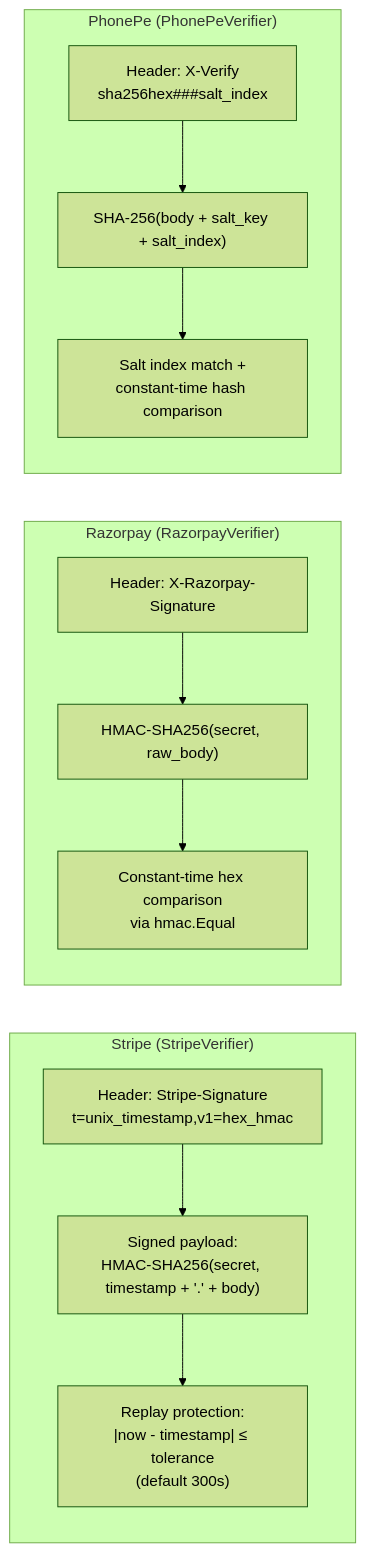
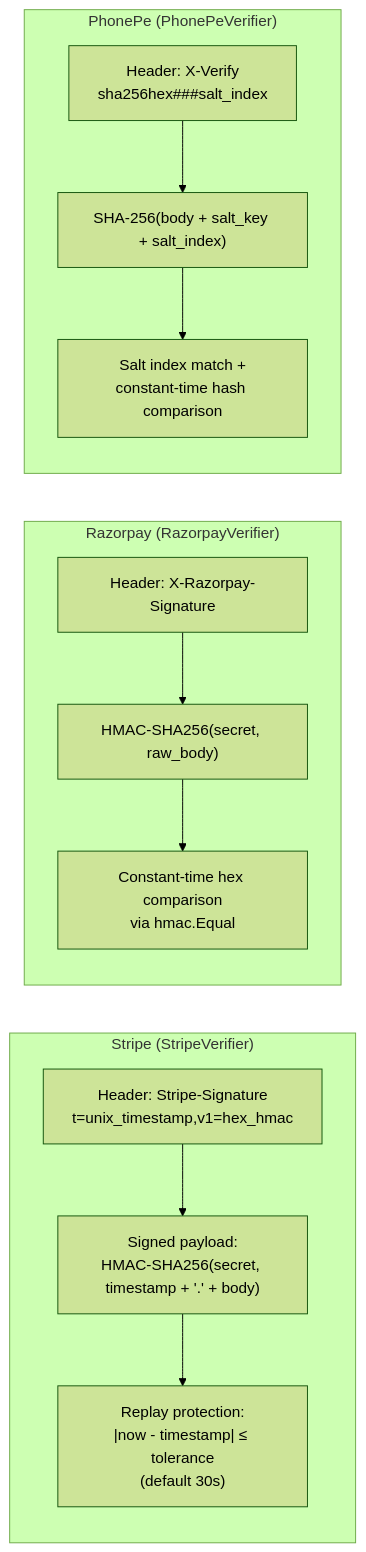
The fourth of 5 diagrams in services/payment-webhook-service/README.md (sunitakeazycommerz-a11y/InstaCommerce), drawn with Mermaid (forest theme) before and after one commit. The commit also changed other lines of this file and 2 other files, not shown here.

First line of the commit message:
fix(payment-webhook): tighten stripe webhook replay window from 300s to 30s (#520)

````diff
--- a/services/payment-webhook-service/README.md
+++ b/services/payment-webhook-service/README.md
@@ -295,21 +295,21 @@
 ```mermaid
 flowchart LR
     subgraph "Stripe (StripeVerifier)"
         S1["Header: Stripe-Signature<br/>t=unix_timestamp,v1=hex_hmac"]
         S2["Signed payload:<br/>HMAC-SHA256(secret, timestamp + '.' + body)"]
-        S3["Replay protection:<br/>|now - timestamp| ≤ tolerance<br/>(default 300s)"]
+        S3["Replay protection:<br/>|now - timestamp| ≤ tolerance<br/>(default 30s)"]
         S1 --> S2 --> S3
     end
     subgraph "Razorpay (RazorpayVerifier)"
         R1["Header: X-Razorpay-Signature"]
         R2["HMAC-SHA256(secret, raw_body)"]
         R3["Constant-time hex comparison<br/>via hmac.Equal"]
         R1 --> R2 --> R3
     end
     subgraph "PhonePe (PhonePeVerifier)"
         P1["Header: X-Verify<br/>sha256hex###salt_index"]
         P2["SHA-256(body + salt_key + salt_index)"]
         P3["Salt index match +<br/>constant-time hash comparison"]
         P1 --> P2 --> P3
     end
 ```
````
